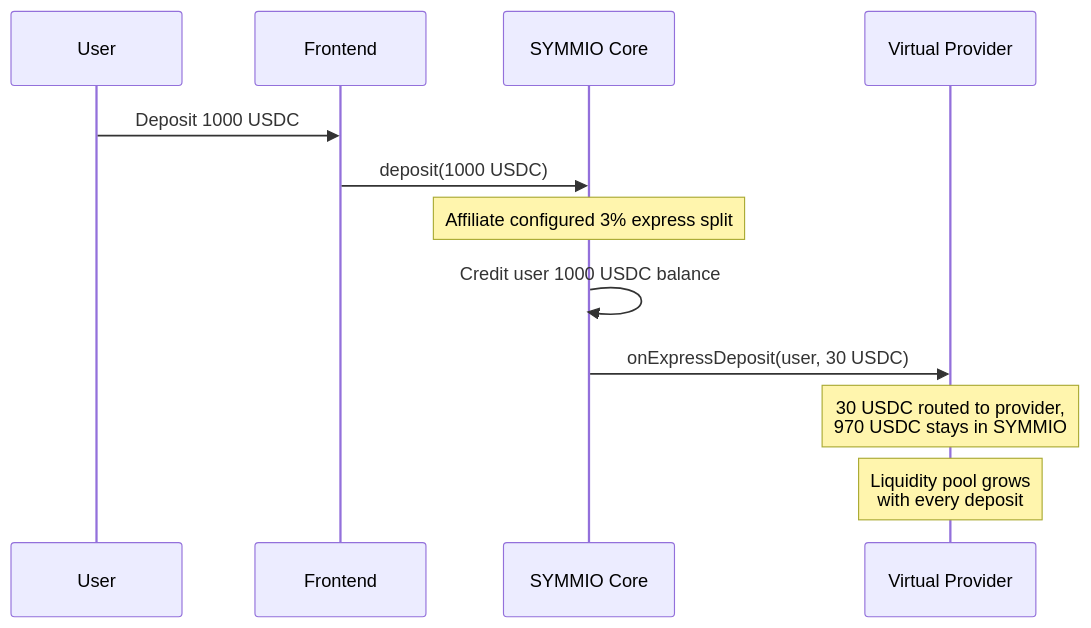
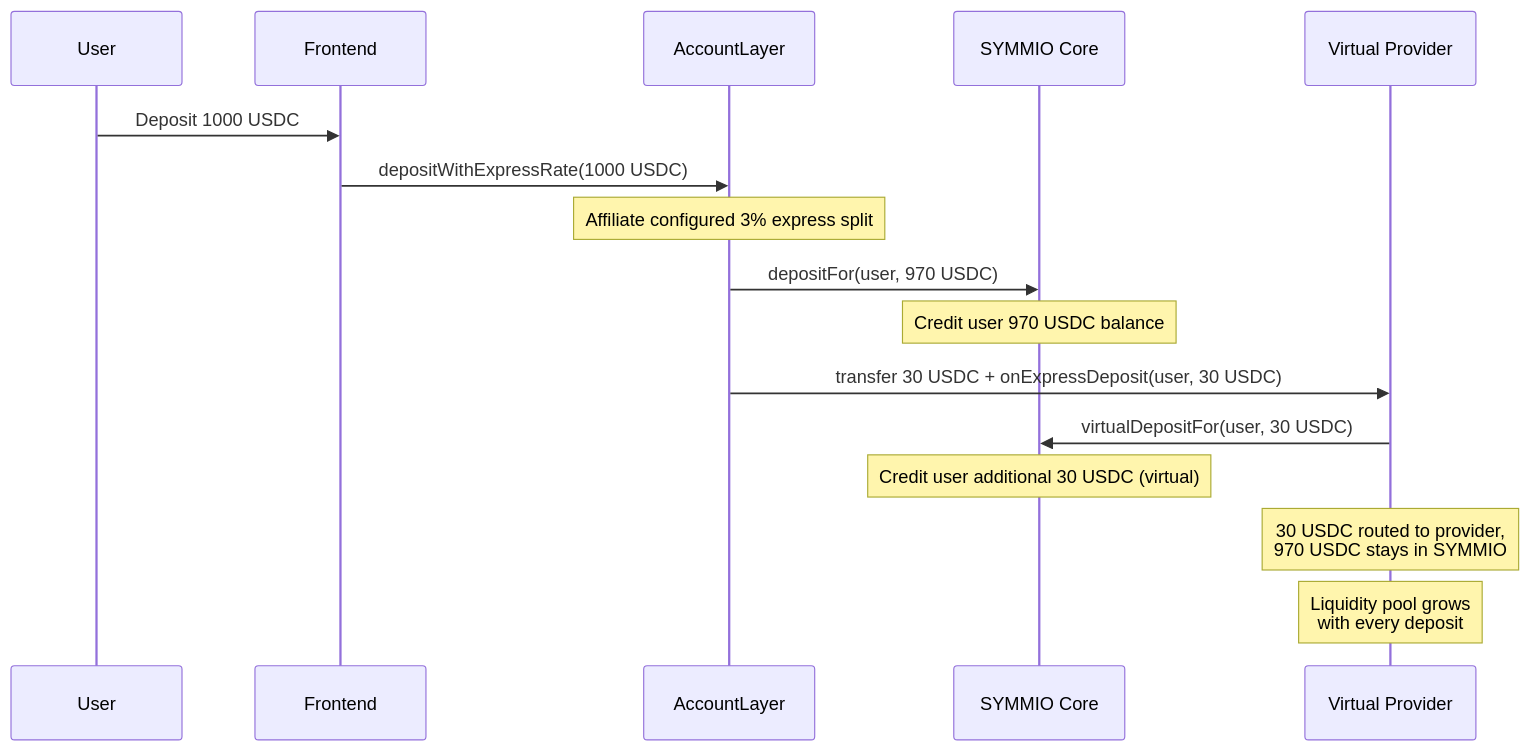
The first of 3 diagrams in docs/v0.8.5/express-deposit.md (SYMM-IO/perps-core), drawn with Mermaid before and after one commit.

Commit message:
docs: fix express deposit diagram to show AccountLayer performing the split

````diff
--- a/docs/v0.8.5/express-deposit.md
+++ b/docs/v0.8.5/express-deposit.md
@@ -15,15 +15,19 @@
 ```mermaid
 sequenceDiagram
     participant User
     participant Frontend
+    participant AccountLayer
     participant SYMMIO Core
     participant Virtual Provider
 
     User->>Frontend: Deposit 1000 USDC
-    Frontend->>SYMMIO Core: deposit(1000 USDC)
-    Note over SYMMIO Core: Affiliate configured 3% express split
-    SYMMIO Core->>SYMMIO Core: Credit user 1000 USDC balance
-    SYMMIO Core->>Virtual Provider: onExpressDeposit(user, 30 USDC)
+    Frontend->>AccountLayer: depositWithExpressRate(1000 USDC)
+    Note over AccountLayer: Affiliate configured 3% express split
+    AccountLayer->>SYMMIO Core: depositFor(user, 970 USDC)
+    Note over SYMMIO Core: Credit user 970 USDC balance
+    AccountLayer->>Virtual Provider: transfer 30 USDC + onExpressDeposit(user, 30 USDC)
+    Virtual Provider->>SYMMIO Core: virtualDepositFor(user, 30 USDC)
+    Note over SYMMIO Core: Credit user additional 30 USDC (virtual)
     Note over Virtual Provider: 30 USDC routed to provider,<br/>970 USDC stays in SYMMIO
     Note over Virtual Provider: Liquidity pool grows<br/>with every deposit
 ```
````
